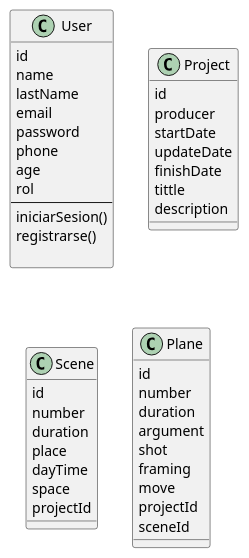
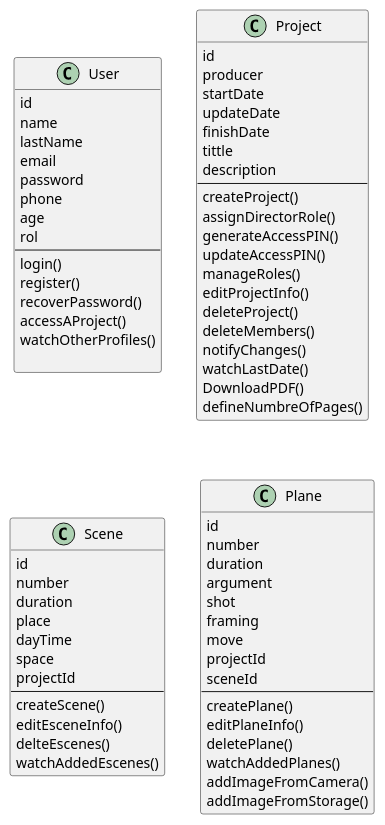
Before and after one commit to Erick-Parrado/Storyboard-Generator-Diagramas: the diagram in ao.puml, drawn with PlantUML.

Commit message:
clases terminadas

```diff
--- a/ao.puml
+++ b/ao.puml
@@ -1,48 +1,76 @@
 @startuml StoryboarGenerator-AO
 
 class User{
     id
     name
     lastName
     email
     password
     phone
     age
     rol
     ---
-    iniciarSesion()
-    registrarse()
+    login()
+    register()
+    recoverPassword()
+    accessAProject()
+    watchOtherProfiles()
     
 }
 
 class Project{
     id
     producer
     startDate
     updateDate
     finishDate
     tittle
     description
+    ---
+    createProject()
+    assignDirectorRole()
+    generateAccessPIN()
+    updateAccessPIN()
+    manageRoles()
+    editProjectInfo()
+    deleteProject()
+    deleteMembers()
+    notifyChanges()
+    watchLastDate()
+    DownloadPDF()
+    defineNumbreOfPages()
 }
 class Scene{
     id
     number
     duration
     place
     dayTime
     space
     projectId
+    ---
+    createScene()
+    editEsceneInfo()
+    delteEscenes()
+    watchAddedEscenes()
 }
 class Plane{
     id
     number
     duration
     argument
     shot
     framing
     move
     projectId
     sceneId
+    ---
+    createPlane()
+    editPlaneInfo()
+    deletePlane()
+    watchAddedPlanes()
+    addImageFromCamera()
+    addImageFromStorage()
 }
 
 @enduml
```
